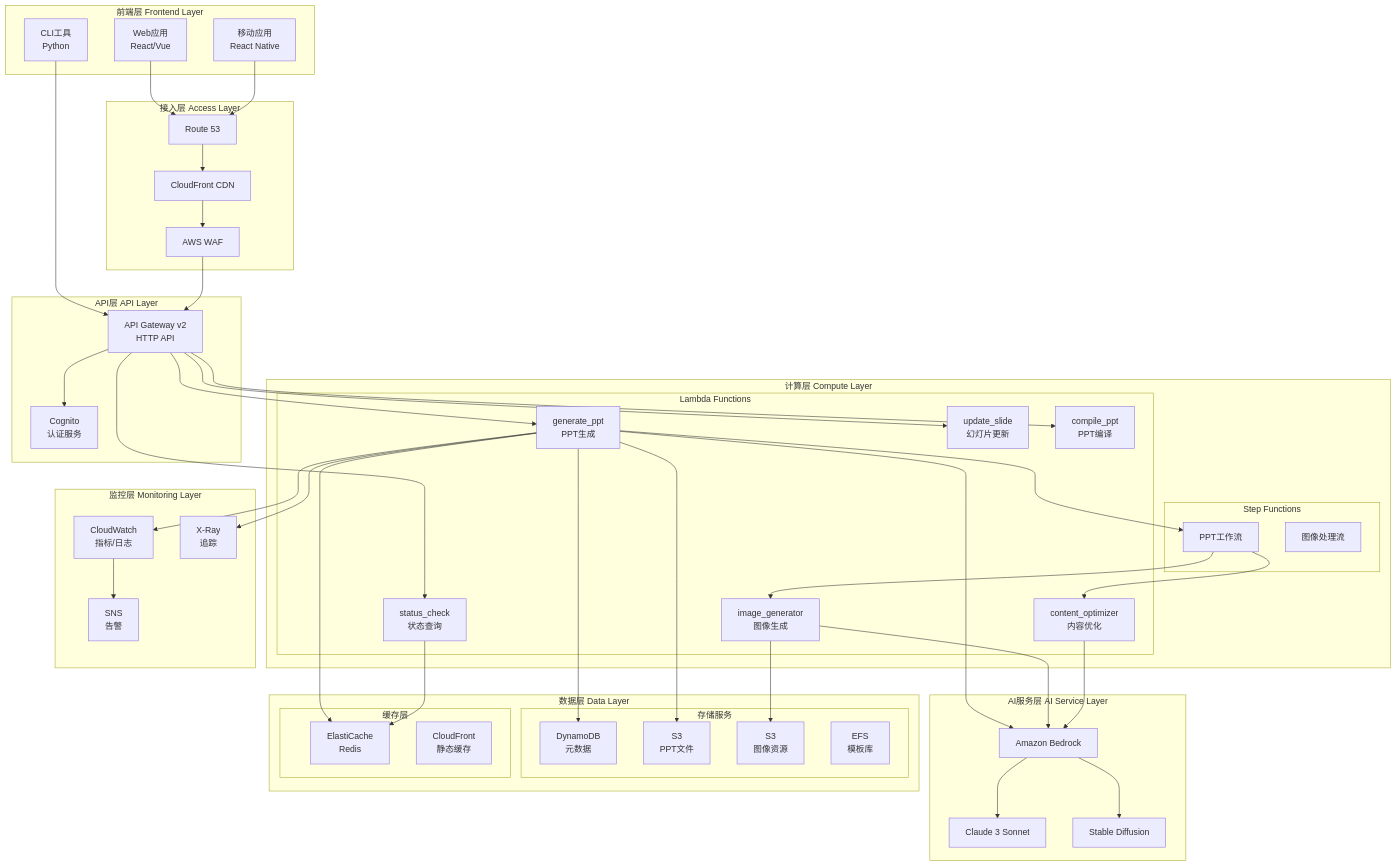
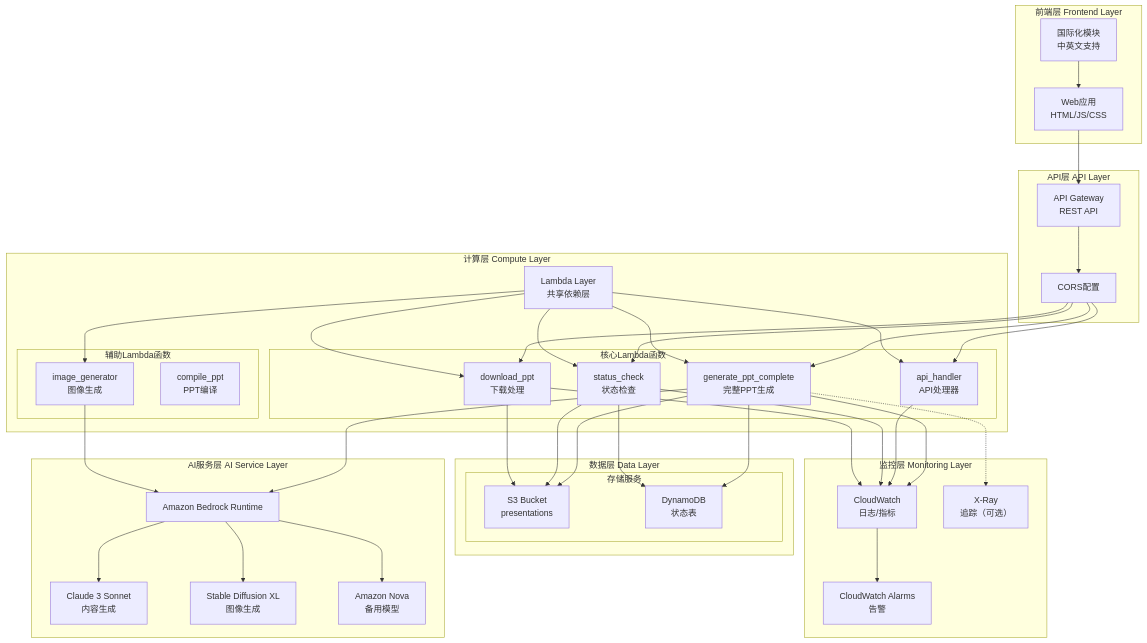
The first of 3 diagrams in docs/ARCHITECTURE.md (yincma/AMAZON-BEDROCK-AGENTS), drawn with Mermaid before and after one commit. The commit also changed other lines of this file, not shown here.

````diff
--- a/docs/ARCHITECTURE.md
+++ b/docs/ARCHITECTURE.md
@@ -62,100 +100,84 @@
 ```mermaid
 graph TB
     subgraph "前端层 Frontend Layer"
-        WEB[Web应用<br/>React/Vue]
-        MOB[移动应用<br/>React Native]
-        CLI[CLI工具<br/>Python]
-    end
-
-    subgraph "接入层 Access Layer"
-        CF[CloudFront CDN]
-        WAF[AWS WAF]
-        R53[Route 53]
-
-        CF --> WAF
-        R53 --> CF
+        WEB[Web应用<br/>HTML/JS/CSS]
+        I18N[国际化模块<br/>中英文支持]
     end
 
     subgraph "API层 API Layer"
-        APIG[API Gateway v2<br/>HTTP API]
-        AUTH[Cognito<br/>认证服务]
-
-        APIG --> AUTH
+        APIG[API Gateway<br/>REST API]
+        CORS[CORS配置]
     end
 
     subgraph "计算层 Compute Layer"
-        subgraph "Lambda Functions"
-            LF1[generate_ppt<br/>PPT生成]
-            LF2[update_slide<br/>幻灯片更新]
-            LF3[compile_ppt<br/>PPT编译]
-            LF4[status_check<br/>状态查询]
-            LF5[image_generator<br/>图像生成]
-            LF6[content_optimizer<br/>内容优化]
+        subgraph "核心Lambda函数"
+            LF1[generate_ppt_complete<br/>完整PPT生成]
+            LF2[api_handler<br/>API处理器]
+            LF3[status_check<br/>状态检查]
+            LF4[download_ppt<br/>下载处理]
         end
 
-        subgraph "Step Functions"
-            SF1[PPT工作流]
-            SF2[图像处理流]
+        subgraph "辅助Lambda函数"
+            LF5[image_generator<br/>图像生成]
+            LF6[compile_ppt<br/>PPT编译]
         end
+
+        LAYER[Lambda Layer<br/>共享依赖层]
     end
 
     subgraph "AI服务层 AI Service Layer"
-        BR[Amazon Bedrock]
-        CL3[Claude 3 Sonnet]
-        SD[Stable Diffusion]
-
-        BR --> CL3
-        BR --> SD
+        BR[Amazon Bedrock Runtime]
+        CL3[Claude 3 Sonnet<br/>内容生成]
+        SD[Stable Diffusion XL<br/>图像生成]
+        NOVA[Amazon Nova<br/>备用模型]
     end
 
     subgraph "数据层 Data Layer"
         subgraph "存储服务"
-            DDB[DynamoDB<br/>元数据]
-            S3P[S3<br/>PPT文件]
-            S3I[S3<br/>图像资源]
-            EFS[EFS<br/>模板库]
-        end
-
-        subgraph "缓存层"
-            REDIS[ElastiCache<br/>Redis]
-            CFD[CloudFront<br/>静态缓存]
+            S3[S3 Bucket<br/>presentations]
+            DDB[DynamoDB<br/>状态表]
         end
     end
 
     subgraph "监控层 Monitoring Layer"
-        CW[CloudWatch<br/>指标/日志]
-        XRAY[X-Ray<br/>追踪]
-        SNS[SNS<br/>告警]
-
-        CW --> SNS
+        CW[CloudWatch<br/>日志/指标]
+        XRAY[X-Ray<br/>追踪（可选）]
+        ALARM[CloudWatch Alarms<br/>告警]
     end
 
-    WEB --> R53
-    MOB --> R53
-    CLI --> APIG
+    WEB --> APIG
+    I18N --> WEB
 
-    WAF --> APIG
-
-    APIG --> LF1
-    APIG --> LF2
-    APIG --> LF3
-    APIG --> LF4
-
-    LF1 --> SF1
-    SF1 --> LF5
-    SF1 --> LF6
+    APIG --> CORS
+    CORS --> LF1
+    CORS --> LF2
+    CORS --> LF3
+    CORS --> LF4
 
     LF1 --> BR
     LF5 --> BR
-    LF6 --> BR
 
+    BR --> CL3
+    BR --> SD
+    BR --> NOVA
+
+    LF1 --> S3
     LF1 --> DDB
-    LF1 --> S3P
-    LF5 --> S3I
+    LF3 --> S3
+    LF3 --> DDB
+    LF4 --> S3
 
-    LF1 --> REDIS
-    LF4 --> REDIS
+    LAYER --> LF1
+    LAYER --> LF2
+    LAYER --> LF3
+    LAYER --> LF4
+    LAYER --> LF5
 
     LF1 --> CW
-    LF1 --> XRAY
+    LF2 --> CW
+    LF3 --> CW
+    LF4 --> CW
+
+    CW --> ALARM
+    LF1 -.-> XRAY
 ```
````
